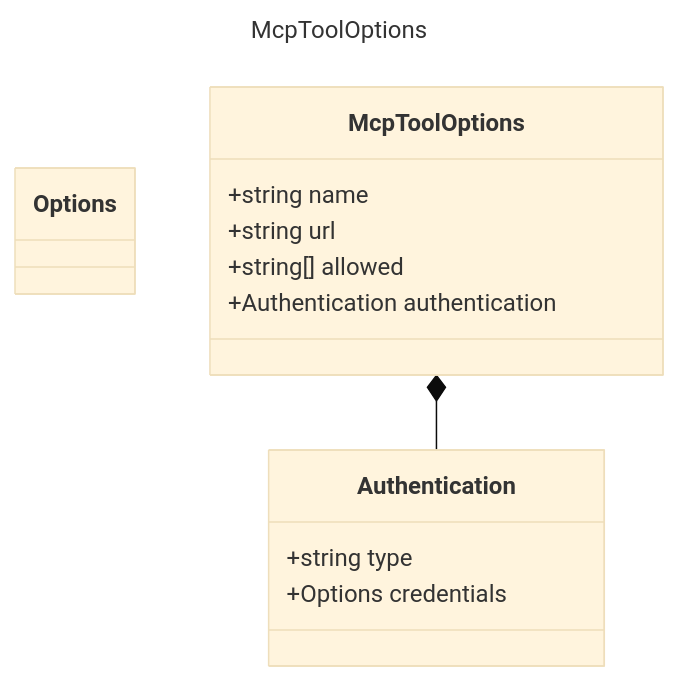
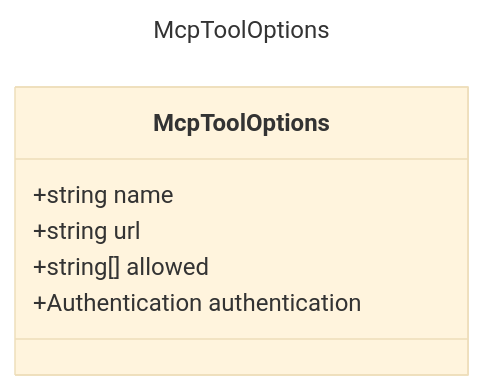
One commit to microsoft/prompty changed the diagram in specification/prompty/docs/McpToolOptions.md. Above: the diagram before and after it, drawn with Mermaid (base theme). The commit also changed 22 other files, not shown here.

Commit message:
corrected class diagrams

````diff
--- a/specification/prompty/docs/McpToolOptions.md
+++ b/specification/prompty/docs/McpToolOptions.md
@@ -7,19 +7,12 @@
 ```mermaid
 ---
 title: McpToolOptions
 ---
 classDiagram
-    class Options {
-    }
-    class Authentication {
-        +string type
-        +Options credentials
-    }
     class McpToolOptions {
         +string name
         +string url
         +string[] allowed
         +Authentication authentication
     }
-    McpToolOptions *-- Authentication
 ```
````
